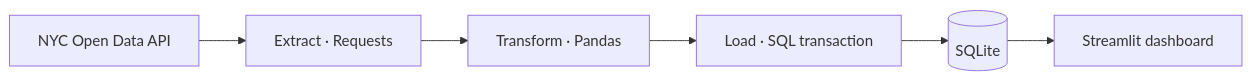
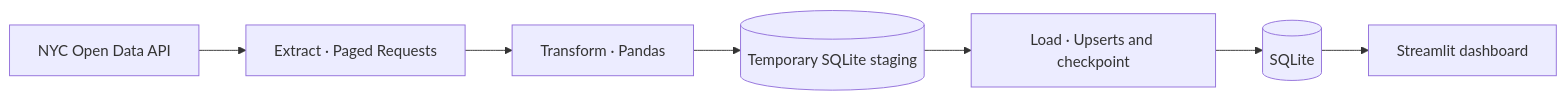
Before and after one commit to mus2325/nyc-urban-data-intelligence: the diagram in README.md, drawn with Mermaid. The commit also changed other lines of this file and 5 other files, not shown here.

````diff
--- a/README.md
+++ b/README.md
@@ -23,11 +35,12 @@
 ```mermaid
 flowchart LR
     source["NYC Open Data API"]
-    extract["Extract · Requests"]
+    extract["Extract · Paged Requests"]
     transform["Transform · Pandas"]
-    load["Load · SQL transaction"]
+    stage[("Temporary SQLite staging")]
+    load["Load · Upserts and checkpoint"]
     store[("SQLite")]
     app["Streamlit dashboard"]
 
-    source --> extract --> transform --> load --> store --> app
+    source --> extract --> transform --> stage --> load --> store --> app
 ```
````
